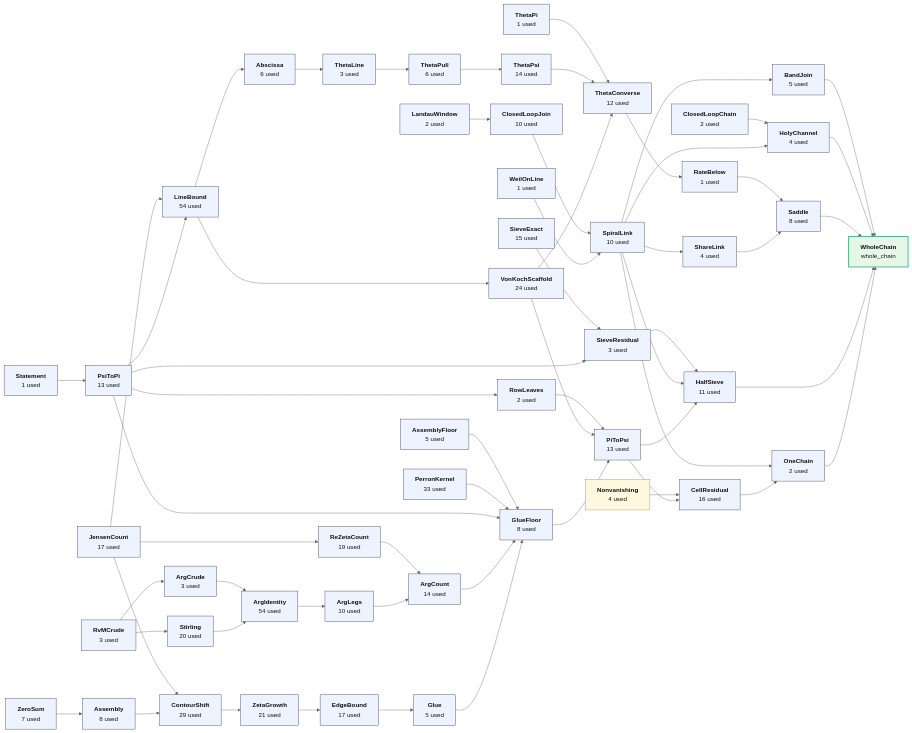
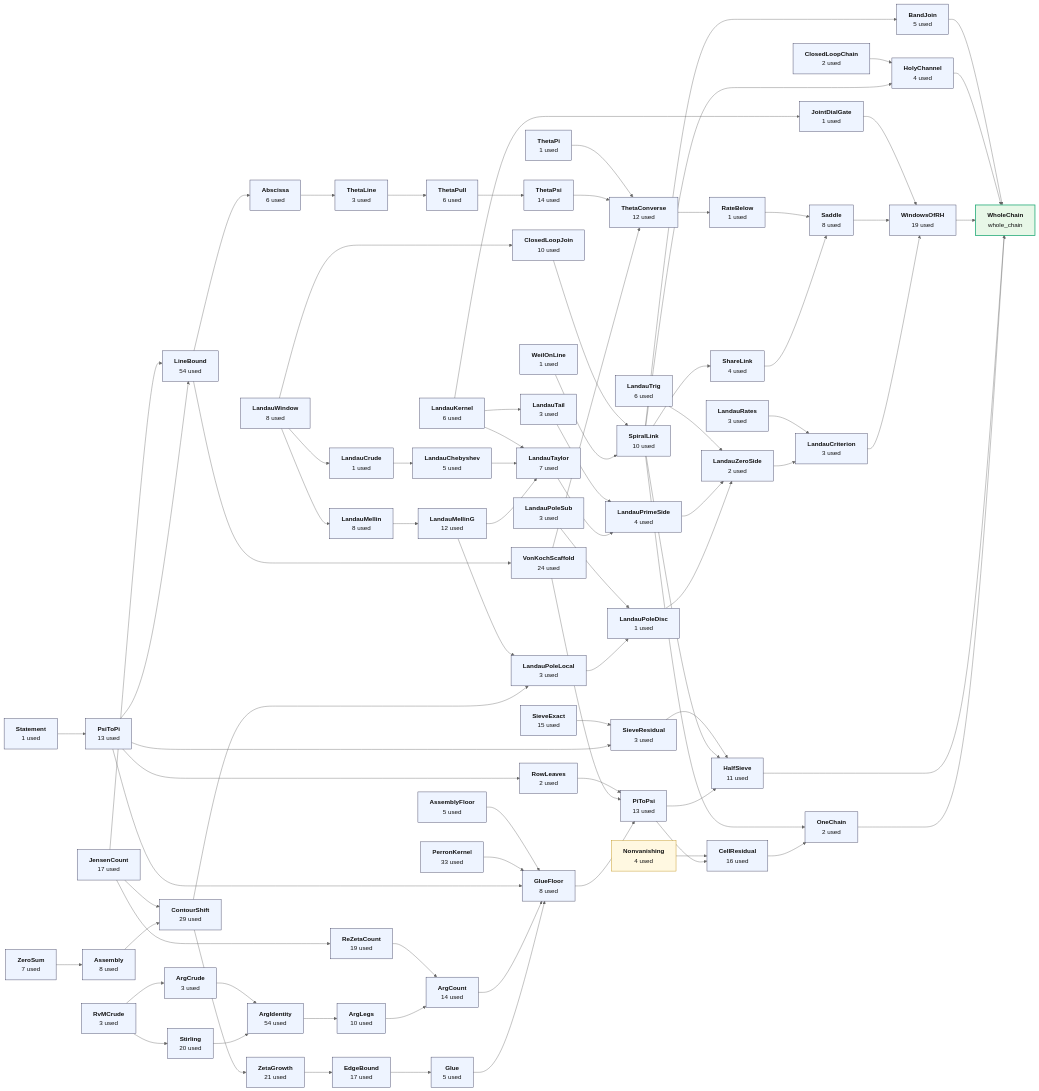
Before and after one commit to juliansambranojr/Primebeat_081426: the diagram in map/chains/WholeChain-whole_chain.mmd, drawn with Mermaid (neutral theme). The commit also changed 14 other files, not shown here.

First line of the commit message:
WholeChain names the window face: SpiralLink iff the window bound on G

```diff
--- a/map/chains/WholeChain-whole_chain.mmd
+++ b/map/chains/WholeChain-whole_chain.mmd
@@ -1,113 +1,153 @@
 flowchart LR
   f0["<b>Nonvanishing</b><br/>4 used"]:::ext
   f1["<b>AssemblyFloor</b><br/>5 used"]:::thm
   f2["<b>ClosedLoopChain</b><br/>2 used"]:::thm
   f3["<b>JensenCount</b><br/>17 used"]:::thm
-  f4["<b>LandauWindow</b><br/>2 used"]:::thm
-  f5["<b>ClosedLoopJoin</b><br/>10 used"]:::thm
-  f6["<b>PerronKernel</b><br/>33 used"]:::thm
-  f7["<b>ReZetaCount</b><br/>19 used"]:::thm
-  f8["<b>RvMCrude</b><br/>3 used"]:::thm
-  f9["<b>ArgCrude</b><br/>3 used"]:::thm
-  f10["<b>SieveExact</b><br/>15 used"]:::thm
-  f11["<b>Statement</b><br/>1 used"]:::thm
-  f12["<b>PsiToPi</b><br/>13 used"]:::thm
-  f13["<b>LineBound</b><br/>54 used"]:::thm
-  f14["<b>Abscissa</b><br/>6 used"]:::thm
-  f15["<b>RowLeaves</b><br/>2 used"]:::thm
-  f16["<b>SieveResidual</b><br/>3 used"]:::thm
-  f17["<b>Stirling</b><br/>20 used"]:::thm
-  f18["<b>ArgIdentity</b><br/>54 used"]:::thm
-  f19["<b>ArgLegs</b><br/>10 used"]:::thm
-  f20["<b>ArgCount</b><br/>14 used"]:::thm
-  f21["<b>ThetaLine</b><br/>3 used"]:::thm
-  f22["<b>ThetaPi</b><br/>1 used"]:::thm
-  f23["<b>ThetaPull</b><br/>6 used"]:::thm
-  f24["<b>ThetaPsi</b><br/>14 used"]:::thm
-  f25["<b>VonKochScaffold</b><br/>24 used"]:::thm
-  f26["<b>ThetaConverse</b><br/>12 used"]:::thm
-  f27["<b>RateBelow</b><br/>1 used"]:::thm
-  f28["<b>WeilOnLine</b><br/>1 used"]:::thm
-  f29["<b>SpiralLink</b><br/>10 used"]:::thm
-  f30["<b>BandJoin</b><br/>5 used"]:::thm
-  f31["<b>HolyChannel</b><br/>4 used"]:::thm
-  f32["<b>ShareLink</b><br/>4 used"]:::thm
-  f33["<b>Saddle</b><br/>8 used"]:::thm
-  f34["<b>ZeroSum</b><br/>7 used"]:::thm
-  f35["<b>Assembly</b><br/>8 used"]:::thm
-  f36["<b>ContourShift</b><br/>29 used"]:::thm
-  f37["<b>ZetaGrowth</b><br/>21 used"]:::thm
-  f38["<b>EdgeBound</b><br/>17 used"]:::thm
-  f39["<b>Glue</b><br/>5 used"]:::thm
-  f40["<b>GlueFloor</b><br/>8 used"]:::thm
-  f41["<b>PiToPsi</b><br/>13 used"]:::thm
-  f42["<b>CellResidual</b><br/>16 used"]:::thm
-  f43["<b>HalfSieve</b><br/>11 used"]:::thm
-  f44["<b>OneChain</b><br/>2 used"]:::thm
-  f45["<b>WholeChain</b><br/>whole_chain"]:::end_
+  f4["<b>LandauKernel</b><br/>6 used"]:::thm
+  f5["<b>JointDialGate</b><br/>1 used"]:::thm
+  f6["<b>LandauPoleSub</b><br/>3 used"]:::thm
+  f7["<b>LandauRates</b><br/>3 used"]:::thm
+  f8["<b>LandauTail</b><br/>3 used"]:::thm
+  f9["<b>LandauTrig</b><br/>6 used"]:::thm
+  f10["<b>LandauWindow</b><br/>8 used"]:::thm
+  f11["<b>ClosedLoopJoin</b><br/>10 used"]:::thm
+  f12["<b>LandauCrude</b><br/>1 used"]:::thm
+  f13["<b>LandauChebyshev</b><br/>5 used"]:::thm
+  f14["<b>LandauMellin</b><br/>8 used"]:::thm
+  f15["<b>LandauMellinG</b><br/>12 used"]:::thm
+  f16["<b>LandauTaylor</b><br/>7 used"]:::thm
+  f17["<b>LandauPrimeSide</b><br/>4 used"]:::thm
+  f18["<b>PerronKernel</b><br/>33 used"]:::thm
+  f19["<b>ReZetaCount</b><br/>19 used"]:::thm
+  f20["<b>RvMCrude</b><br/>3 used"]:::thm
+  f21["<b>ArgCrude</b><br/>3 used"]:::thm
+  f22["<b>SieveExact</b><br/>15 used"]:::thm
+  f23["<b>Statement</b><br/>1 used"]:::thm
+  f24["<b>PsiToPi</b><br/>13 used"]:::thm
+  f25["<b>LineBound</b><br/>54 used"]:::thm
+  f26["<b>Abscissa</b><br/>6 used"]:::thm
+  f27["<b>RowLeaves</b><br/>2 used"]:::thm
+  f28["<b>SieveResidual</b><br/>3 used"]:::thm
+  f29["<b>Stirling</b><br/>20 used"]:::thm
+  f30["<b>ArgIdentity</b><br/>54 used"]:::thm
+  f31["<b>ArgLegs</b><br/>10 used"]:::thm
+  f32["<b>ArgCount</b><br/>14 used"]:::thm
+  f33["<b>ThetaLine</b><br/>3 used"]:::thm
+  f34["<b>ThetaPi</b><br/>1 used"]:::thm
+  f35["<b>ThetaPull</b><br/>6 used"]:::thm
+  f36["<b>ThetaPsi</b><br/>14 used"]:::thm
+  f37["<b>VonKochScaffold</b><br/>24 used"]:::thm
+  f38["<b>ThetaConverse</b><br/>12 used"]:::thm
+  f39["<b>RateBelow</b><br/>1 used"]:::thm
+  f40["<b>WeilOnLine</b><br/>1 used"]:::thm
+  f41["<b>SpiralLink</b><br/>10 used"]:::thm
+  f42["<b>BandJoin</b><br/>5 used"]:::thm
+  f43["<b>HolyChannel</b><br/>4 used"]:::thm
+  f44["<b>ShareLink</b><br/>4 used"]:::thm
+  f45["<b>Saddle</b><br/>8 used"]:::thm
+  f46["<b>ZeroSum</b><br/>7 used"]:::thm
+  f47["<b>Assembly</b><br/>8 used"]:::thm
+  f48["<b>ContourShift</b><br/>29 used"]:::thm
+  f49["<b>LandauPoleLocal</b><br/>3 used"]:::thm
+  f50["<b>LandauPoleDisc</b><br/>1 used"]:::thm
+  f51["<b>LandauZeroSide</b><br/>2 used"]:::thm
+  f52["<b>LandauCriterion</b><br/>3 used"]:::thm
+  f53["<b>WindowsOfRH</b><br/>19 used"]:::thm
+  f54["<b>ZetaGrowth</b><br/>21 used"]:::thm
+  f55["<b>EdgeBound</b><br/>17 used"]:::thm
+  f56["<b>Glue</b><br/>5 used"]:::thm
+  f57["<b>GlueFloor</b><br/>8 used"]:::thm
+  f58["<b>PiToPsi</b><br/>13 used"]:::thm
+  f59["<b>CellResidual</b><br/>16 used"]:::thm
+  f60["<b>HalfSieve</b><br/>11 used"]:::thm
+  f61["<b>OneChain</b><br/>2 used"]:::thm
+  f62["<b>WholeChain</b><br/>whole_chain"]:::end_
   f4 --> f5
-  f3 --> f7
-  f8 --> f9
-  f11 --> f12
-  f3 --> f13
+  f4 --> f8
+  f10 --> f11
+  f10 --> f12
   f12 --> f13
-  f13 --> f14
-  f12 --> f15
-  f10 --> f16
-  f12 --> f16
+  f10 --> f14
+  f14 --> f15
+  f4 --> f16
+  f13 --> f16
+  f15 --> f16
   f8 --> f17
-  f9 --> f18
-  f17 --> f18
-  f18 --> f19
-  f7 --> f20
-  f19 --> f20
-  f14 --> f21
-  f21 --> f23
+  f16 --> f17
+  f3 --> f19
+  f20 --> f21
   f23 --> f24
-  f13 --> f25
-  f22 --> f26
-  f24 --> f26
+  f3 --> f25
+  f24 --> f25
   f25 --> f26
-  f26 --> f27
-  f5 --> f29
-  f28 --> f29
+  f24 --> f27
+  f22 --> f28
+  f24 --> f28
+  f20 --> f29
+  f21 --> f30
   f29 --> f30
-  f2 --> f31
-  f29 --> f31
-  f29 --> f32
-  f27 --> f33
-  f32 --> f33
-  f34 --> f35
-  f3 --> f36
+  f30 --> f31
+  f19 --> f32
+  f31 --> f32
+  f26 --> f33
+  f33 --> f35
   f35 --> f36
-  f36 --> f37
+  f25 --> f37
+  f34 --> f38
+  f36 --> f38
   f37 --> f38
   f38 --> f39
-  f1 --> f40
-  f6 --> f40
-  f12 --> f40
-  f20 --> f40
-  f39 --> f40
-  f15 --> f41
-  f25 --> f41
+  f11 --> f41
   f40 --> f41
-  f0 --> f42
   f41 --> f42
-  f16 --> f43
-  f29 --> f43
+  f2 --> f43
   f41 --> f43
-  f29 --> f44
-  f42 --> f44
-  f30 --> f45
-  f31 --> f45
-  f33 --> f45
-  f43 --> f45
+  f41 --> f44
+  f39 --> f45
   f44 --> f45
+  f46 --> f47
+  f3 --> f48
+  f47 --> f48
+  f15 --> f49
+  f48 --> f49
+  f6 --> f50
+  f49 --> f50
+  f9 --> f51
+  f17 --> f51
+  f50 --> f51
+  f7 --> f52
+  f51 --> f52
+  f5 --> f53
+  f45 --> f53
+  f52 --> f53
+  f48 --> f54
+  f54 --> f55
+  f55 --> f56
+  f1 --> f57
+  f18 --> f57
+  f24 --> f57
+  f32 --> f57
+  f56 --> f57
+  f27 --> f58
+  f37 --> f58
+  f57 --> f58
+  f0 --> f59
+  f58 --> f59
+  f28 --> f60
+  f41 --> f60
+  f58 --> f60
+  f41 --> f61
+  f59 --> f61
+  f42 --> f62
+  f43 --> f62
+  f53 --> f62
+  f60 --> f62
+  f61 --> f62
   classDef cnt fill:#dff5ec,stroke:#17694a,color:#111
   classDef shp fill:#f1ecfb,stroke:#5b3fa0,color:#111
   classDef rh fill:#ffe5e5,stroke:#c22,color:#111,stroke-width:2px
   classDef thm fill:#eef4ff,stroke:#335,color:#111
   classDef end_ fill:#e7f7e7,stroke:#2a7,color:#111,stroke-width:2px
   classDef lone fill:#fff,stroke:#999,color:#111,stroke-dasharray:4 3
   classDef bad fill:#ffe5e5,stroke:#c22,color:#111,stroke-width:2px
   classDef ext fill:#fff8e1,stroke:#b80,color:#111
```
